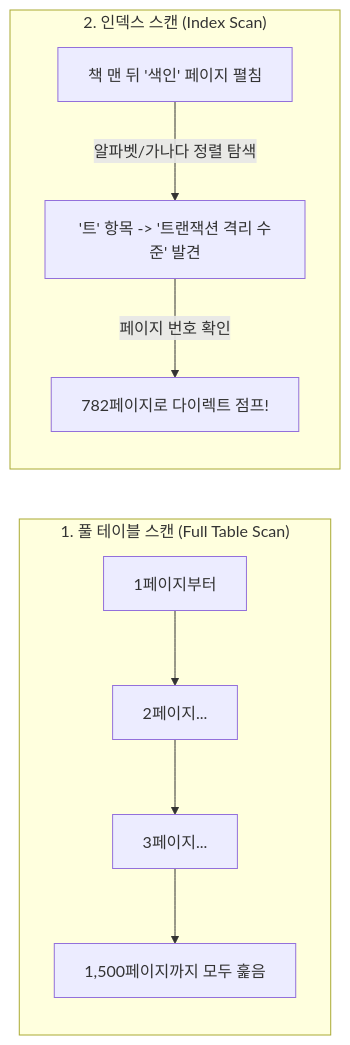
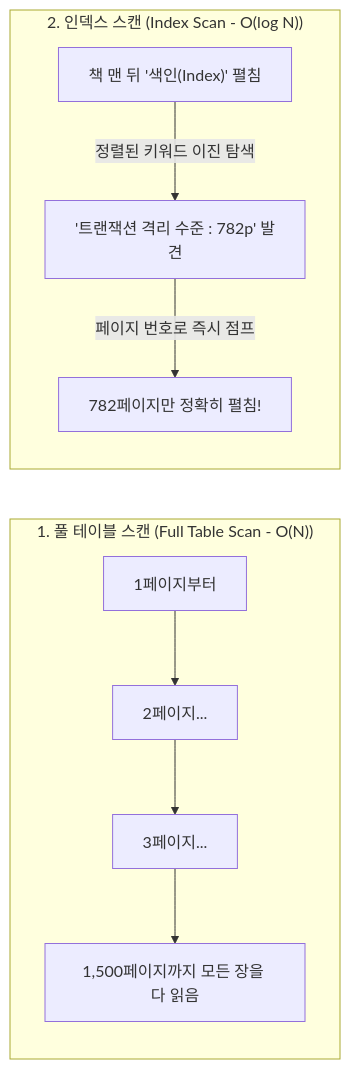
Before and after one commit to keimania/tech-notes: diagram 18 of 37 in 07_데이터베이스_기술.md, drawn with Mermaid. The commit also changed other lines of this file and 12 other files, not shown here.

````diff
--- a/07_데이터베이스_기술.md
+++ b/07_데이터베이스_기술.md
@@ -550,10 +969,10 @@
 ```mermaid
 flowchart LR
-    subgraph FullScan["1. 풀 테이블 스캔 (Full Table Scan)"]
-        A[1페이지부터] --> B[2페이지...] --> C[3페이지...] --> D[1,500페이지까지 모두 훑음]
+    subgraph FullScan["1. 풀 테이블 스캔 (Full Table Scan - O(N))"]
+        A["1페이지부터"] --> B["2페이지..."] --> C["3페이지..."] --> D["1,500페이지까지 모든 장을 다 읽음"]
     end
 
-    subgraph IndexScan["2. 인덱스 스캔 (Index Scan)"]
-        I[책 맨 뒤 '색인' 페이지 펼침] -->|알파벳/가나다 정렬 탐색| J["'트' 항목 -> '트랜잭션 격리 수준' 발견"] -->|페이지 번호 확인| K["782페이지로 다이렉트 점프!"]
+    subgraph IndexScan["2. 인덱스 스캔 (Index Scan - O(log N))"]
+        I["책 맨 뒤 '색인(Index)' 펼침"] -->|"정렬된 키워드 이진 탐색"| J["'트랜잭션 격리 수준 : 782p' 발견"] -->|"페이지 번호로 즉시 점프"| K["782페이지만 정확히 펼침!"]
     end
 ```
````
